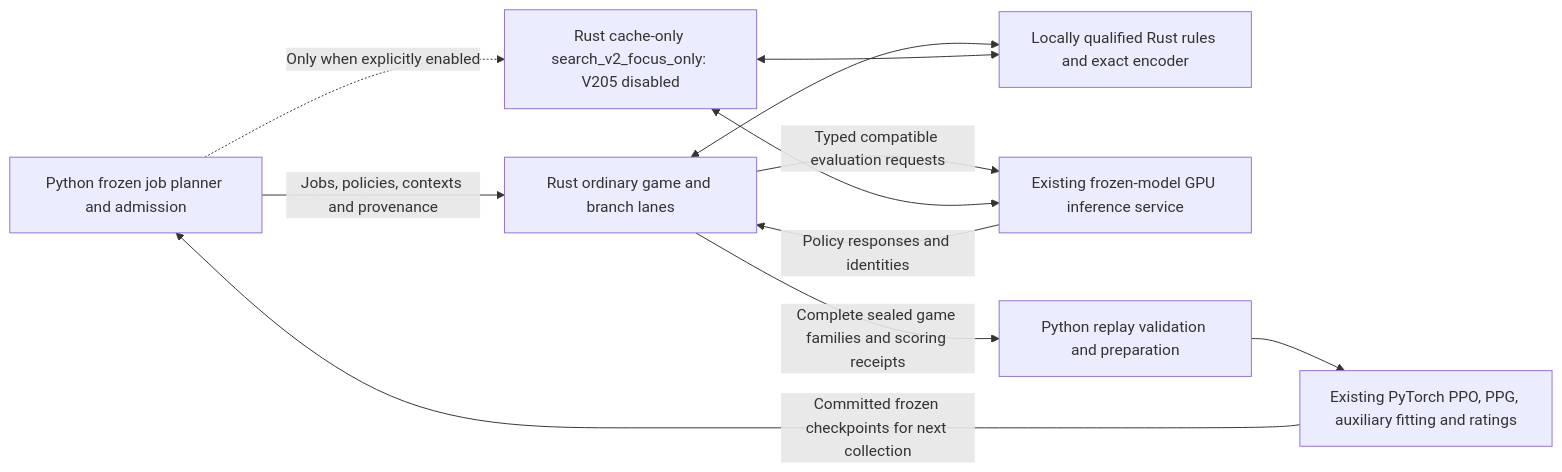
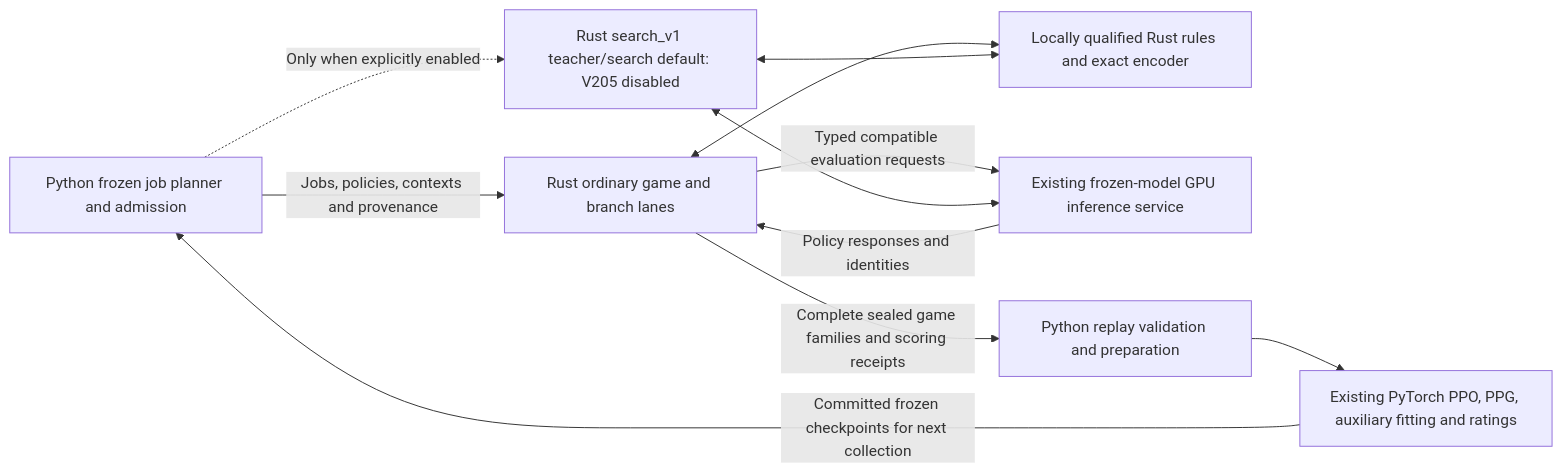
One commit to riverside234/brass-ai changed the second of 2 diagrams in ai-research/RUST_AI_BACKEND_MIGRATION_PLAN.md. Above: the diagram before and after it, drawn with Mermaid. The commit also changed other lines of this file and 80 other files, not shown here.

````diff
--- a/ai-research/RUST_AI_BACKEND_MIGRATION_PLAN.md
+++ b/ai-research/RUST_AI_BACKEND_MIGRATION_PLAN.md
@@ -848,13 +852,13 @@
 ```mermaid
 flowchart LR
     P[Python frozen job planner and admission] -->|Jobs, policies, contexts and provenance| C[Rust ordinary game and branch lanes]
     C <--> G[Locally qualified Rust rules and exact encoder]
     C -->|Typed compatible evaluation requests| I[Existing frozen-model GPU inference service]
     I -->|Policy responses and identities| C
     C -->|Complete sealed game families and scoring receipts| R[Python replay validation and preparation]
     R --> T[Existing PyTorch PPO, PPG, auxiliary fitting and ratings]
     T -->|Committed frozen checkpoints for next collection| P
-    P -.->|Only when explicitly enabled| S[Rust cache-only search_v2_focus_only: V205 disabled]
+    P -.->|Only when explicitly enabled| S[Rust search_v1 teacher/search default: V205 disabled]
     S <--> G
     S <--> I
 ```
````
